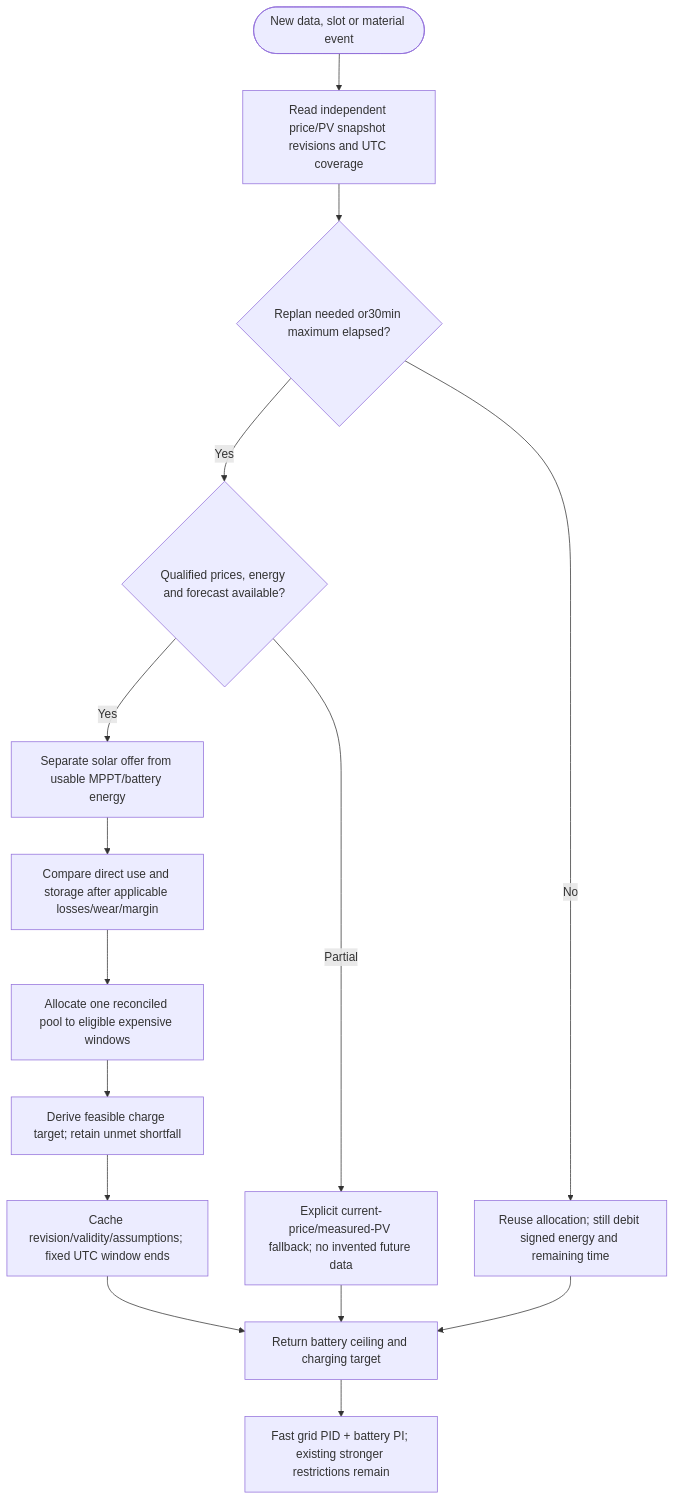
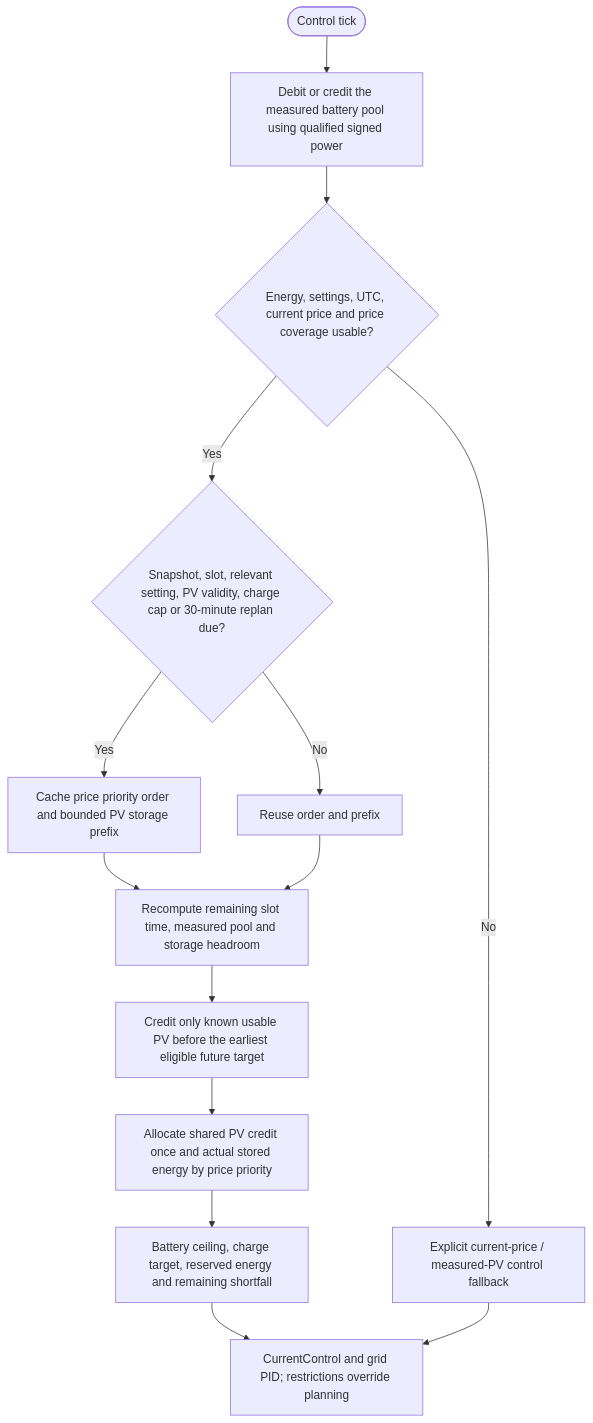
One commit to vitalyruhl/SolarInverterLimiter changed the diagram in docs/control-planning/05-energy-planning.md. Above: the diagram before and after it, drawn with Mermaid. The commit also changed other lines of this file and 36 other files, not shown here.

````diff
--- a/docs/control-planning/05-energy-planning.md
+++ b/docs/control-planning/05-energy-planning.md
@@ -14,17 +12,16 @@
 ```mermaid
 flowchart TD
-  EVT([New data, slot or material event]) --> VALID["Read independent price/PV snapshot revisions and UTC coverage"]
-  VALID --> DUE{Replan needed or30min maximum elapsed?}
-  DUE -- No --> CACHE["Reuse allocation; still debit signed energy and remaining time"]
-  DUE -- Yes --> INPUT{Qualified prices, energy and forecast available?}
-  INPUT -- Partial --> FALL["Explicit current-price/measured-PV fallback; no invented future data"]
-  INPUT -- Yes --> OFFER["Separate solar offer from usable MPPT/battery energy"]
-  OFFER --> ECON["Compare direct use and storage after applicable losses/wear/margin"]
-  ECON --> ALLOC["Allocate one reconciled pool to eligible expensive windows"]
-  ALLOC --> TARGET["Derive feasible charge target; retain unmet shortfall"]
-  TARGET --> SAVE["Cache revision/validity/assumptions; fixed UTC window ends"]
-  SAVE --> CAP["Return battery ceiling and charging target"]
-  FALL --> CAP
-  CACHE --> CAP
-  CAP --> FAST["Fast grid PID + battery PI; existing stronger restrictions remain"]
+  TICK([Control tick]) --> ENERGY["Debit or credit the measured battery pool using qualified signed power"]
+  ENERGY --> VALID{"Energy, settings, UTC, current price and price coverage usable?"}
+  VALID -- No --> FALL["Explicit current-price / measured-PV control fallback"]
+  VALID -- Yes --> DUE{"Snapshot, slot, relevant setting, PV validity, charge cap or 30-minute replan due?"}
+  DUE -- Yes --> BUILD["Cache price priority order and bounded PV storage prefix"]
+  DUE -- No --> REUSE["Reuse order and prefix"]
+  BUILD --> BUDGET["Recompute remaining slot time, measured pool and storage headroom"]
+  REUSE --> BUDGET
+  BUDGET --> PV["Credit only known usable PV before the earliest eligible future target"]
+  PV --> ALLOC["Allocate shared PV credit once and actual stored energy by price priority"]
+  ALLOC --> OUT["Battery ceiling, charge target, reserved energy and remaining shortfall"]
+  OUT --> FAST["CurrentControl and grid PID; restrictions override planning"]
+  FALL --> FAST
 ```
````
